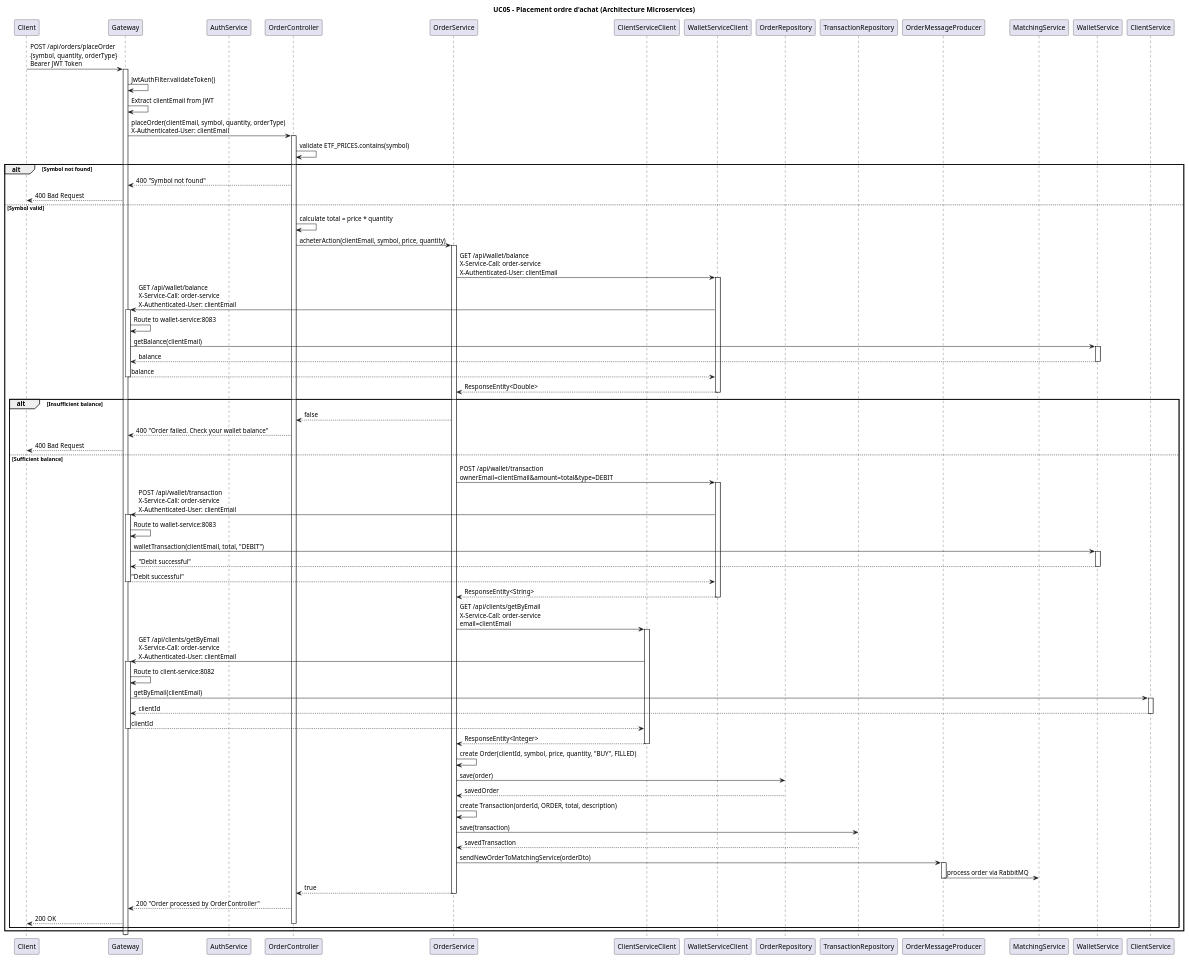
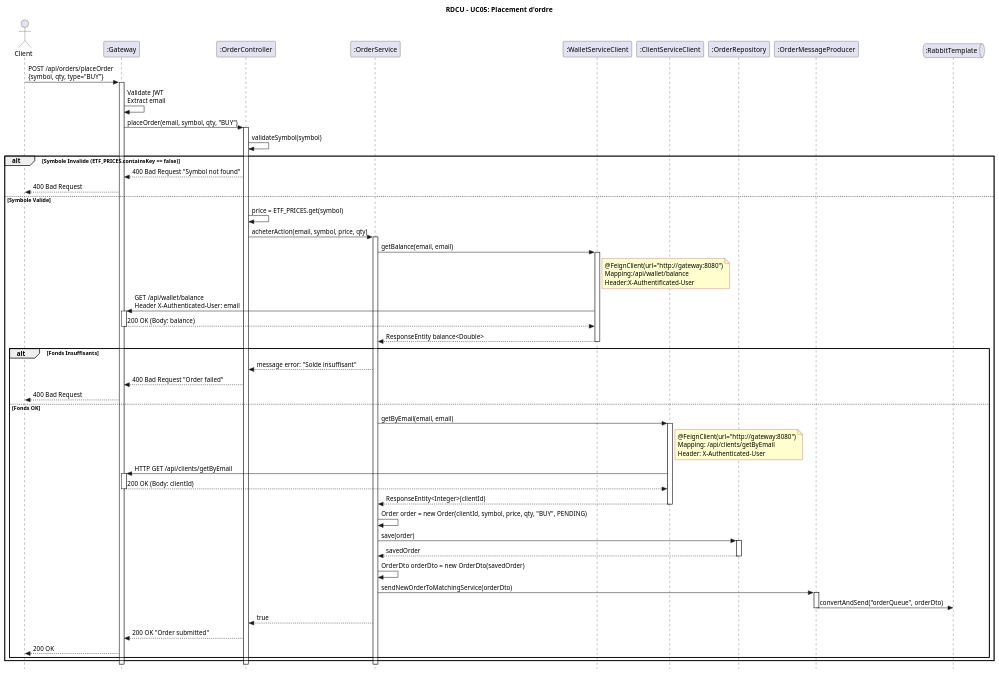
Before and after one commit to primika27/BrokerX-phase2-micorservices-: the diagram in docs/views/rdcu_uc05_achat_action.puml, drawn with PlantUML. The commit also changed 3 other files, not shown here.

Commit message:
modif diagramme uc05

```diff
--- a/docs/views/rdcu_uc05_achat_action.puml
+++ b/docs/views/rdcu_uc05_achat_action.puml
@@ -1,102 +1,110 @@
-@startuml rdcu_uc05_achat_action
-title UC05 - Placement ordre d'achat (Architecture Microservices)
+@startuml rdcu_uc05_placement_ordre_merged
+title RDCU - UC05: Placement d'ordre
 
-participant "Client" as Client
-participant "Gateway" as Gateway
-participant "AuthService" as Auth
-participant "OrderController" as OrderController
-participant "OrderService" as OrderService
-participant "ClientServiceClient" as ClientClient
-participant "WalletServiceClient" as WalletClient
-participant "OrderRepository" as OrderRepo
-participant "TransactionRepository" as TransactionRepo
-participant "OrderMessageProducer" as RabbitMQ
-participant "MatchingService" as MatchingService
+skinparam style strictuml
+skinparam noteBackgroundColor #FEFECE
+skinparam noteBorderColor #A80036
 
-Client -> Gateway : POST /api/orders/placeOrder\n{symbol, quantity, orderType}\nBearer JWT Token
+actor "Client" as Actor
+participant ":Gateway" as Gateway
+participant ":OrderController" as Controller
+participant ":OrderService" as Service
+participant ":WalletServiceClient" as WalletClient
+participant ":ClientServiceClient" as ClientClient
+participant ":OrderRepository" as Repo
+participant ":OrderMessageProducer" as Producer
+queue ":RabbitTemplate" as Queue
+
+Actor -> Gateway : POST /api/orders/placeOrder\n{symbol, qty, type="BUY"}
 activate Gateway
 
-Gateway -> Gateway : JwtAuthFilter.validateToken()
-Gateway -> Gateway : Extract clientEmail from JWT
-Gateway -> OrderController : placeOrder(clientEmail, symbol, quantity, orderType)\nX-Authenticated-User: clientEmail
-activate OrderController
-
-OrderController -> OrderController : validate ETF_PRICES.contains(symbol)
-alt Symbol not found
-    OrderController --> Gateway : 400 "Symbol not found"
-    Gateway --> Client : 400 Bad Request
-else Symbol valid
-    OrderController -> OrderController : calculate total = price * quantity
-    OrderController -> OrderService : acheterAction(clientEmail, symbol, price, quantity)
-    activate OrderService
+    Gateway -> Gateway : Validate JWT\nExtract email
     
-    OrderService -> WalletClient : GET /api/wallet/balance\nX-Service-Call: order-service\nX-Authenticated-User: clientEmail
-    activate WalletClient
-    WalletClient -> Gateway : GET /api/wallet/balance\nX-Service-Call: order-service\nX-Authenticated-User: clientEmail
-    activate Gateway
-    Gateway -> Gateway : Route to wallet-service:8083
-    Gateway -> WalletService : getBalance(clientEmail)
-    activate WalletService
-    WalletService --> Gateway : balance
-    deactivate WalletService
-    Gateway --> WalletClient : balance
-    deactivate Gateway
-    WalletClient --> OrderService : ResponseEntity<Double>
-    deactivate WalletClient
+    Gateway -> Controller : placeOrder(email, symbol, qty, "BUY")
+    activate Controller
     
-    alt Insufficient balance
-        OrderService --> OrderController : false
-        OrderController --> Gateway : 400 "Order failed. Check your wallet balance"
-        Gateway --> Client : 400 Bad Request
-    else Sufficient balance
-        OrderService -> WalletClient : POST /api/wallet/transaction\nownerEmail=clientEmail&amount=total&type=DEBIT
+    ' --- Validation Layer (Basé sur votre code OrderController) ---
+    Controller -> Controller : validateSymbol(symbol)
+    
+    alt Symbole Invalide (ETF_PRICES.containsKey == false)
+        Controller --> Gateway : 400 Bad Request "Symbol not found"
+        Gateway --> Actor : 400 Bad Request
+    else Symbole Valide
+        
+        Controller -> Controller : price = ETF_PRICES.get(symbol)
+        
+        Controller -> Service : acheterAction(email, symbol, price, qty)
+        activate Service
+        
+        ' --- 1. Vérification Solde (Infrastructure Call) ---
+        ' Signature: getBalance(String authenticatedUser, String ownerEmail)
+        Service -> WalletClient : getBalance(email, email)
         activate WalletClient
-        WalletClient -> Gateway : POST /api/wallet/transaction\nX-Service-Call: order-service\nX-Authenticated-User: clientEmail
-        activate Gateway
-        Gateway -> Gateway : Route to wallet-service:8083
-        Gateway -> WalletService : walletTransaction(clientEmail, total, "DEBIT")
-        activate WalletService
-        WalletService --> Gateway : "Debit successful"
-        deactivate WalletService
-        Gateway --> WalletClient : "Debit successful"
-        deactivate Gateway
-        WalletClient --> OrderService : ResponseEntity<String>
+            
+            note right of WalletClient
+                @FeignClient(url="http://gateway:8080")
+                Mapping:/api/wallet/balance
+                Header:X-Authentificated-User
+            end note
+            
+            WalletClient -> Gateway : GET /api/wallet/balance\nHeader X-Authenticated-User: email
+            activate Gateway
+            Gateway --> WalletClient : 200 OK (Body: balance)
+            deactivate Gateway
+            
+        WalletClient --> Service : ResponseEntity balance<Double>
         deactivate WalletClient
         
-        OrderService -> ClientClient : GET /api/clients/getByEmail\nX-Service-Call: order-service\nemail=clientEmail
-        activate ClientClient
-        ClientClient -> Gateway : GET /api/clients/getByEmail\nX-Service-Call: order-service\nX-Authenticated-User: clientEmail
-        activate Gateway
-        Gateway -> Gateway : Route to client-service:8082
-        Gateway -> ClientService : getByEmail(clientEmail)
-        activate ClientService
-        ClientService --> Gateway : clientId
-        deactivate ClientService
-        Gateway --> ClientClient : clientId
-        deactivate Gateway
-        ClientClient --> OrderService : ResponseEntity<Integer>
-        deactivate ClientClient
         
-        OrderService -> OrderService : create Order(clientId, symbol, price, quantity, "BUY", FILLED)
-        OrderService -> OrderRepo : save(order)
-        OrderRepo --> OrderService : savedOrder
+        alt Fonds Insuffisants
+            Service --> Controller : message error: "Solde insuffisant"
+            Controller --> Gateway : 400 Bad Request "Order failed"
+            Gateway --> Actor : 400 Bad Request
+        else Fonds OK
         
-        OrderService -> OrderService : create Transaction(orderId, ORDER, total, description)
-        OrderService -> TransactionRepo : save(transaction)
-        TransactionRepo --> OrderService : savedTransaction
-        
-        OrderService -> RabbitMQ : sendNewOrderToMatchingService(orderDto)
-        activate RabbitMQ
-        RabbitMQ -> MatchingService : process order via RabbitMQ
-        deactivate RabbitMQ
-        
-        OrderService --> OrderController : true
-        deactivate OrderService
-        OrderController --> Gateway : 200 "Order processed by OrderController"
-        Gateway --> Client : 200 OK
-        deactivate OrderController
+            ' --- 2. Récupération ID Client (Infrastructure Call) ---
+            ' Signature: getByEmail(String authenticatedUser, String email)
+            Service -> ClientClient : getByEmail(email, email)
+            note right of ClientClient
+                @FeignClient(url="http://gateway:8080")
+                Mapping: /api/clients/getByEmail
+                Header: X-Authenticated-User
+            end note
+
+            activate ClientClient
+                ClientClient -> Gateway : HTTP GET /api/clients/getByEmail
+                activate Gateway
+                Gateway --> ClientClient : 200 OK (Body: clientId)
+                deactivate Gateway
+            ClientClient --> Service : ResponseEntity<Integer>(clientId)
+            deactivate ClientClient
+            
+            ' --- 3. Persistance (Logique Domaine) ---
+            ' Explicit object creation as requested
+            Service -> Service : Order order = new Order(clientId, symbol, price, qty, "BUY", PENDING)
+            
+            Service -> Repo : save(order)
+            activate Repo
+            Repo --> Service : savedOrder
+            deactivate Repo
+            
+            ' --- 4. Envoi Asynchrone (Infrastructure RabbitMQ) ---
+            ' Explicit DTO creation as requested
+            Service -> Service : OrderDto orderDto = new OrderDto(savedOrder)
+            
+            Service -> Producer : sendNewOrderToMatchingService(orderDto)
+            activate Producer
+                Producer -> Queue : convertAndSend("orderQueue", orderDto)
+            deactivate Producer
+            
+            Service --> Controller : true
+            
+            Controller --> Gateway : 200 OK "Order submitted"
+            Gateway --> Actor : 200 OK
+        end
     end
-end
+    deactivate Service
+    deactivate Controller
 
 deactivate Gateway
 @enduml
```
